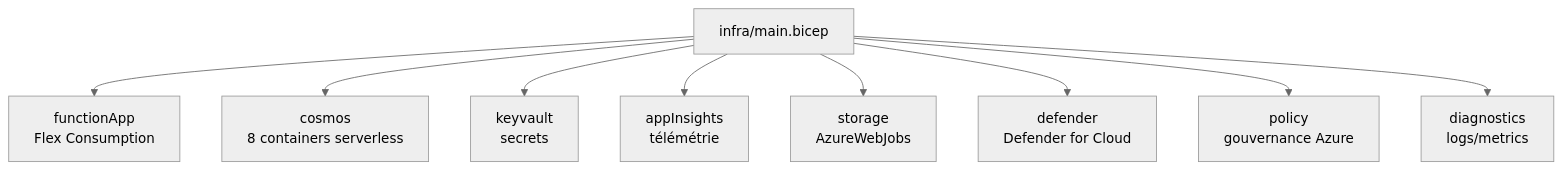
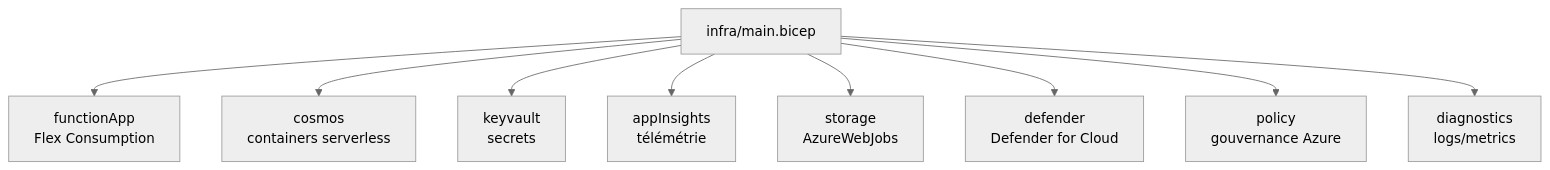
One commit to gaby27072001/certigo changed the fifth of 5 diagrams in docs/ETAT_DU_PROJET.md. Above: the diagram before and after it, drawn with Mermaid (neutral theme). The commit also changed other lines of this file and 16 other files, not shown here.

````diff
--- a/docs/ETAT_DU_PROJET.md
+++ b/docs/ETAT_DU_PROJET.md
@@ -246,11 +300,11 @@
 ```mermaid
 graph TD
     M["infra/main.bicep"] --> F["functionApp<br/>Flex Consumption"]
-    M --> C["cosmos<br/>8 containers serverless"]
+    M --> C["cosmos<br/>containers serverless"]
     M --> K["keyvault<br/>secrets"]
     M --> A["appInsights<br/>télémétrie"]
     M --> S["storage<br/>AzureWebJobs"]
     M --> D["defender<br/>Defender for Cloud"]
     M --> P["policy<br/>gouvernance Azure"]
     M --> G["diagnostics<br/>logs/metrics"]
 ```
````
